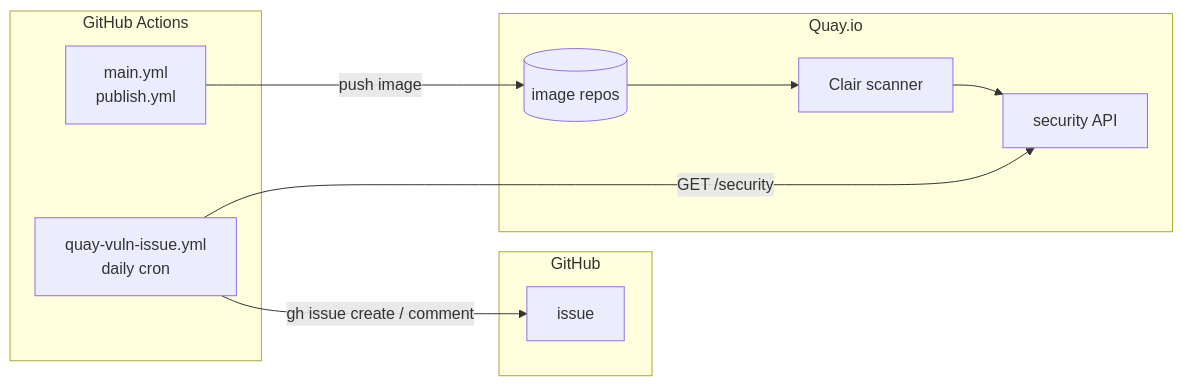
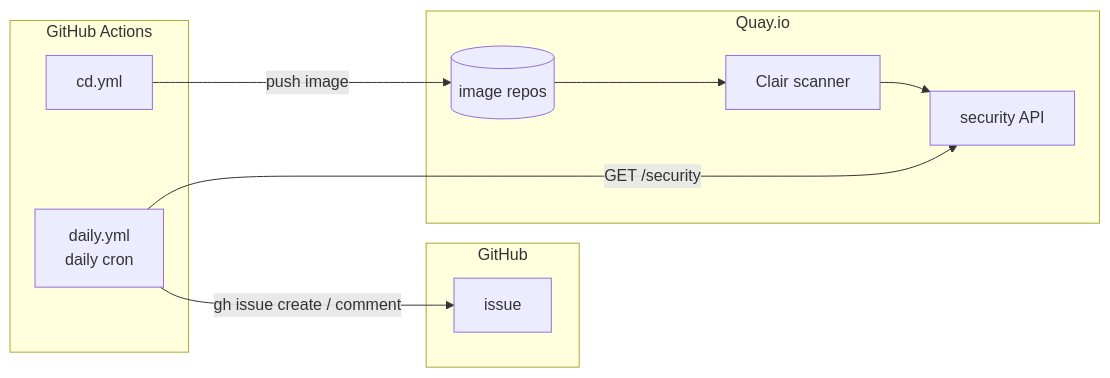
Before and after one commit to subbyte/dam: the diagram in docs/architecture/security-scanning.md, drawn with Mermaid. The commit also changed other lines of this file and 14 other files, not shown here.

````diff
--- a/docs/architecture/security-scanning.md
+++ b/docs/architecture/security-scanning.md
@@ -26,23 +26,23 @@
 ```mermaid
 flowchart LR
   subgraph build["GitHub Actions"]
-    main[main.yml<br/>publish.yml]
-    poll[quay-vuln-issue.yml<br/>daily cron]
+    cd[cd.yml]
+    poll[daily.yml<br/>daily cron]
   end
 
   subgraph quay["Quay.io"]
     images[(image repos)]
     clair[Clair scanner]
     api[security API]
   end
 
   subgraph github["GitHub"]
     issue[issue]
   end
 
-  main -->|push image| images
+  cd -->|push image| images
   images --> clair
   clair --> api
   poll -->|GET /security| api
   poll -->|gh issue create / comment| issue
 ```
````
